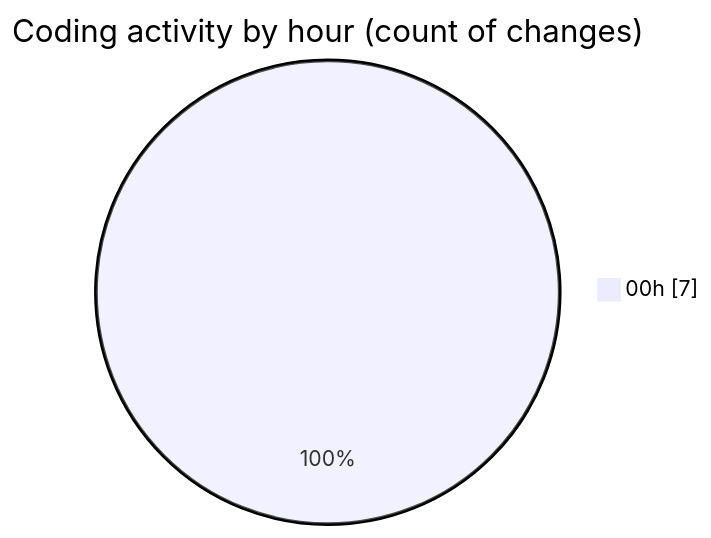
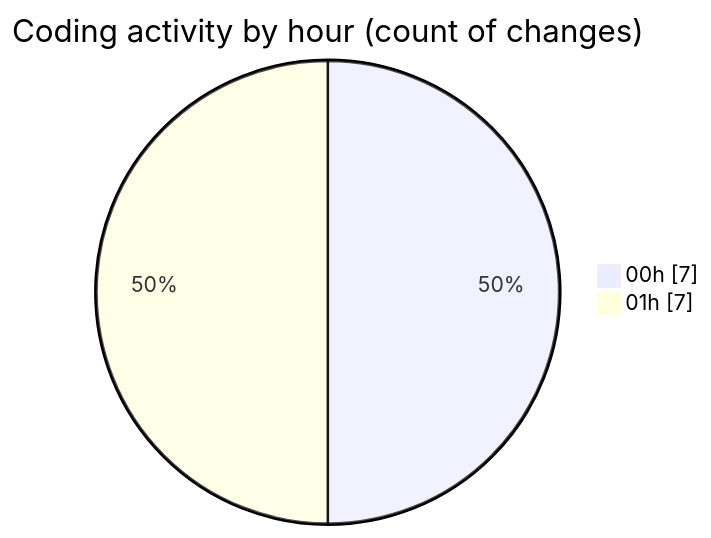
The second of 2 diagrams in 2026-04-24/darkwire/README.md (tmsrecording-cyber/code-tracking), drawn with Mermaid before and after one commit. The commit also changed other lines of this file and 1 other file, not shown here.

````diff
--- a/2026-04-24/darkwire/README.md
+++ b/2026-04-24/darkwire/README.md
@@ -31,5 +35,6 @@
 ```mermaid
 pie showData
 title Coding activity by hour (count of changes)
 "00h" : 7
+"01h" : 7
 ```
````
